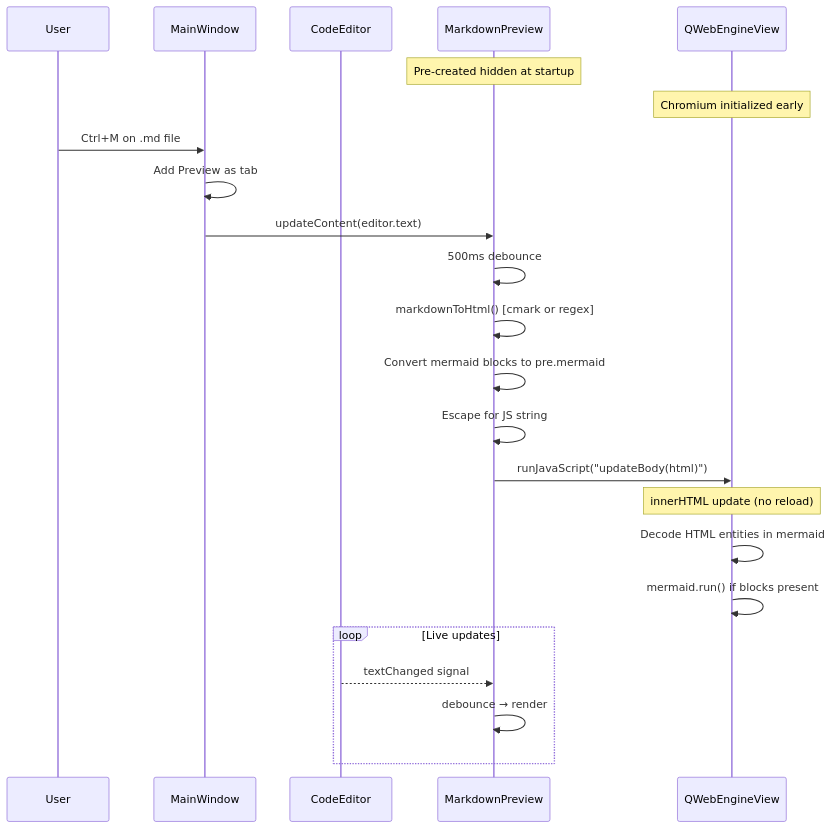
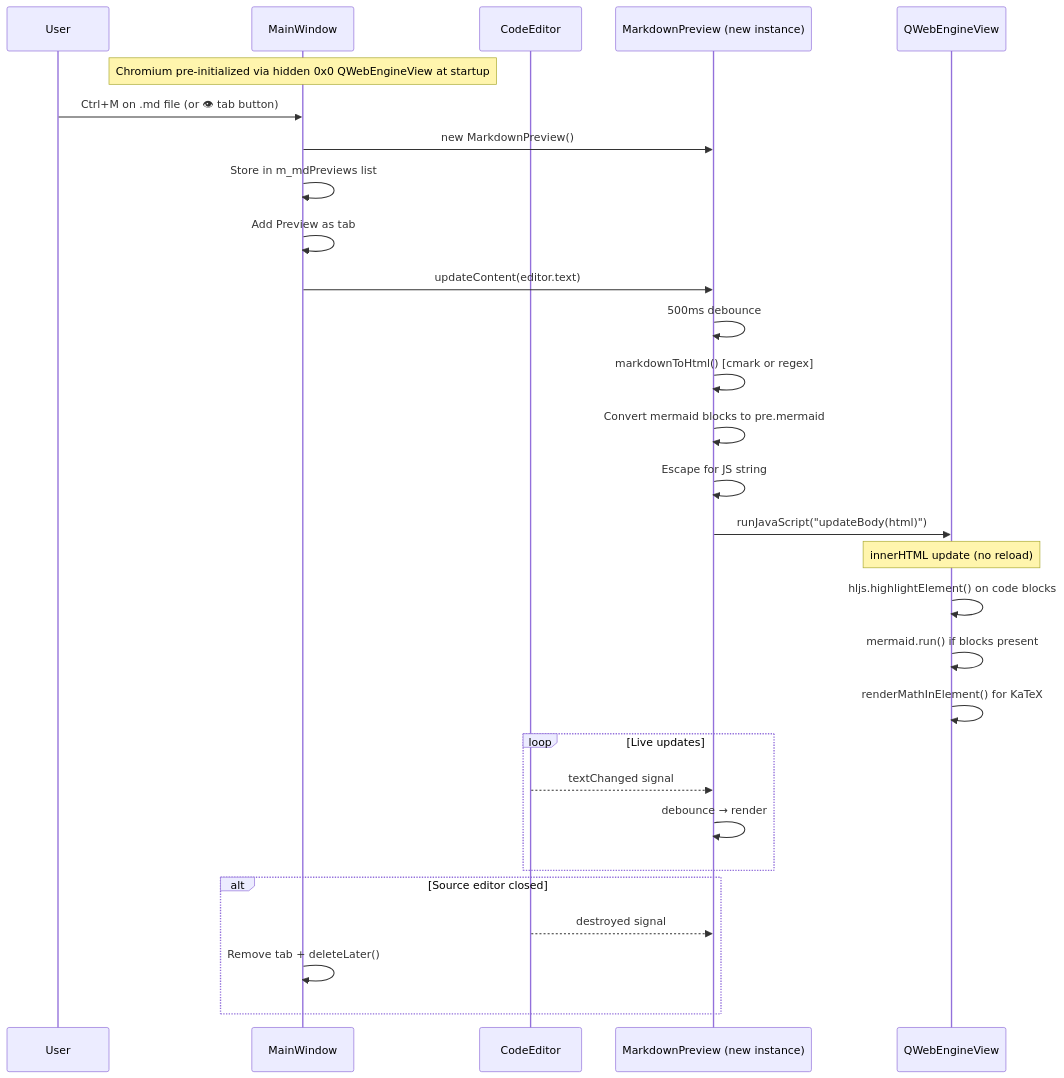
One commit to dkrse/vibe-coder changed diagram 18 of 20 in docs/diagrams.md. Above: the diagram before and after it, drawn with Mermaid. The commit also changed other lines of this file and 38 other files, not shown here.

````diff
--- a/docs/diagrams.md
+++ b/docs/diagrams.md
@@ -640,30 +645,37 @@
 ```mermaid
 sequenceDiagram
     participant User
     participant MainWindow
     participant Editor as CodeEditor
-    participant Preview as MarkdownPreview
+    participant Preview as MarkdownPreview (new instance)
     participant WebView as QWebEngineView
 
-    Note over Preview: Pre-created hidden at startup
-    Note over WebView: Chromium initialized early
+    Note over MainWindow: Chromium pre-initialized via hidden 0x0 QWebEngineView at startup
 
-    User->>MainWindow: Ctrl+M on .md file
+    User->>MainWindow: Ctrl+M on .md file (or 👁 tab button)
+    MainWindow->>Preview: new MarkdownPreview()
+    MainWindow->>MainWindow: Store in m_mdPreviews list
     MainWindow->>MainWindow: Add Preview as tab
     MainWindow->>Preview: updateContent(editor.text)
     Preview->>Preview: 500ms debounce
 
     Preview->>Preview: markdownToHtml() [cmark or regex]
     Preview->>Preview: Convert mermaid blocks to pre.mermaid
     Preview->>Preview: Escape for JS string
     Preview->>WebView: runJavaScript("updateBody(html)")
 
     Note over WebView: innerHTML update (no reload)
-    WebView->>WebView: Decode HTML entities in mermaid
+    WebView->>WebView: hljs.highlightElement() on code blocks
     WebView->>WebView: mermaid.run() if blocks present
+    WebView->>WebView: renderMathInElement() for KaTeX
 
     loop Live updates
         Editor-->>Preview: textChanged signal
         Preview->>Preview: debounce → render
     end
+
+    alt Source editor closed
+        Editor-->>Preview: destroyed signal
+        MainWindow->>MainWindow: Remove tab + deleteLater()
+    end
 ```
````
